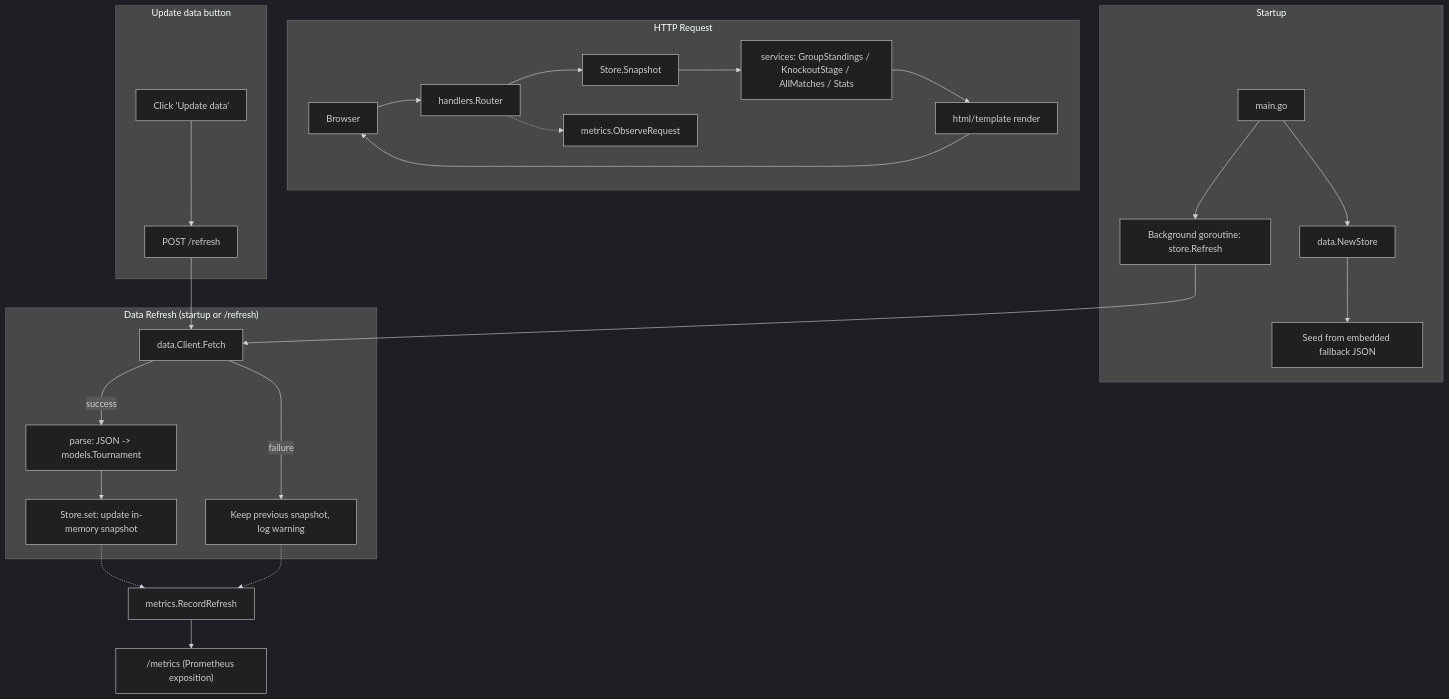
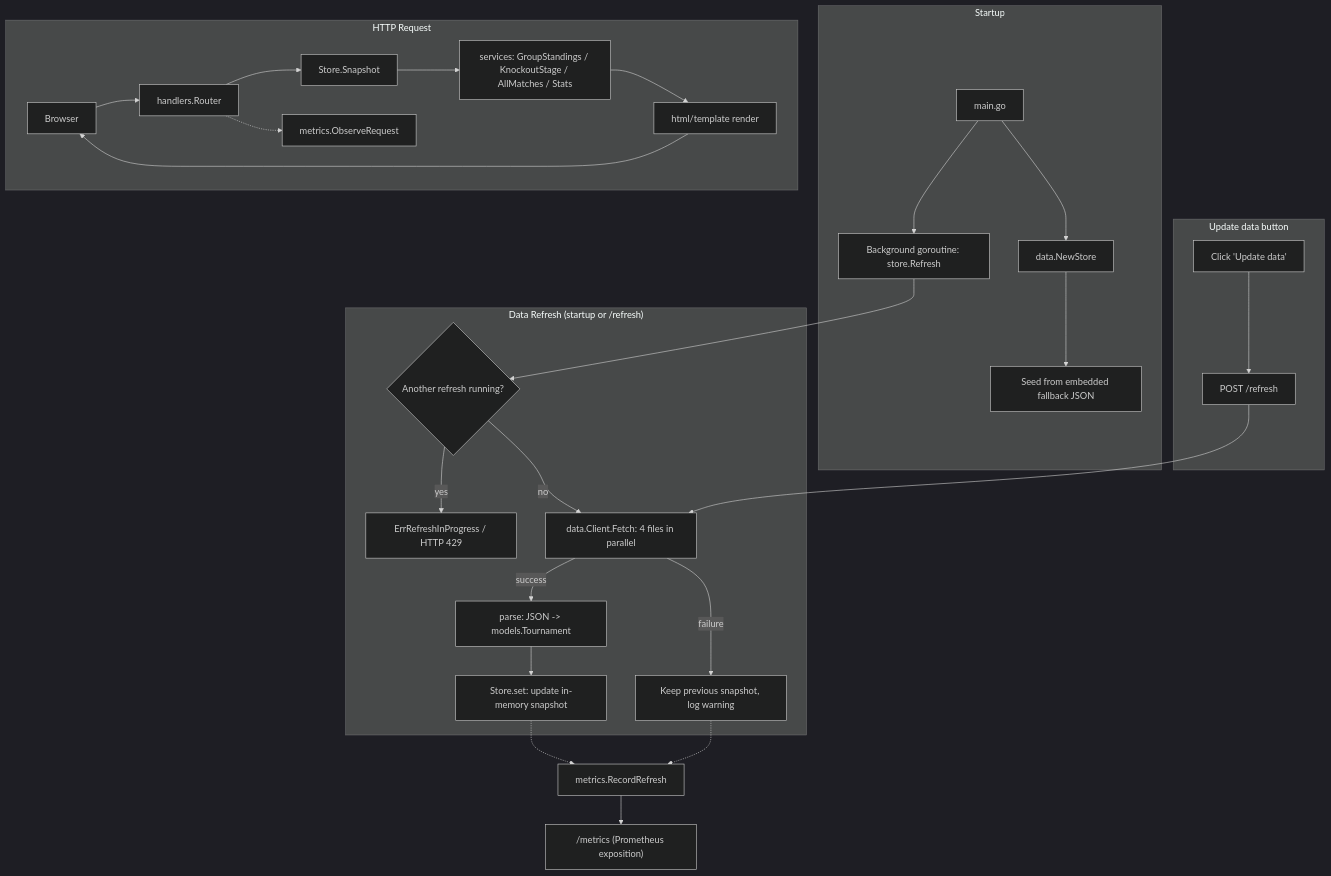
One commit to aeciopires/my-world-cup-app changed the diagram in README.md. Above: the diagram before and after it, drawn with Mermaid (dark theme). The commit also changed other lines of this file and 75 other files, not shown here.

````diff
--- a/README.md
+++ b/README.md
@@ -264,33 +334,35 @@
 ```mermaid
 flowchart TD
     subgraph Startup
         A[main.go] --> B[data.NewStore]
         B --> C[Seed from embedded fallback JSON]
         A --> D[Background goroutine: store.Refresh]
     end
 
     subgraph Refresh["Data Refresh (startup or /refresh)"]
-        D --> E[data.Client.Fetch]
+        D --> L1{Another refresh running?}
+        L1 -->|yes| L2[ErrRefreshInProgress / HTTP 429]
+        L1 -->|no| E[data.Client.Fetch: 4 files in parallel]
         E -->|success| F[parse: JSON -> models.Tournament]
         F --> G[Store.set: update in-memory snapshot]
         E -->|failure| H[Keep previous snapshot, log warning]
     end
 
     subgraph Request["HTTP Request"]
         I[Browser] --> J[handlers.Router]
         J --> K[Store.Snapshot]
         K --> L[services: GroupStandings / KnockoutStage / AllMatches / Stats]
         L --> M[html/template render]
         M --> I
         J -.-> P[metrics.ObserveRequest]
     end
 
     subgraph UI["Update data button"]
         N[Click 'Update data'] --> O[POST /refresh]
         O --> E
     end
 
     G -.-> Q[metrics.RecordRefresh]
     H -.-> Q
     Q --> R["/metrics (Prometheus exposition)"]
 ```
````
